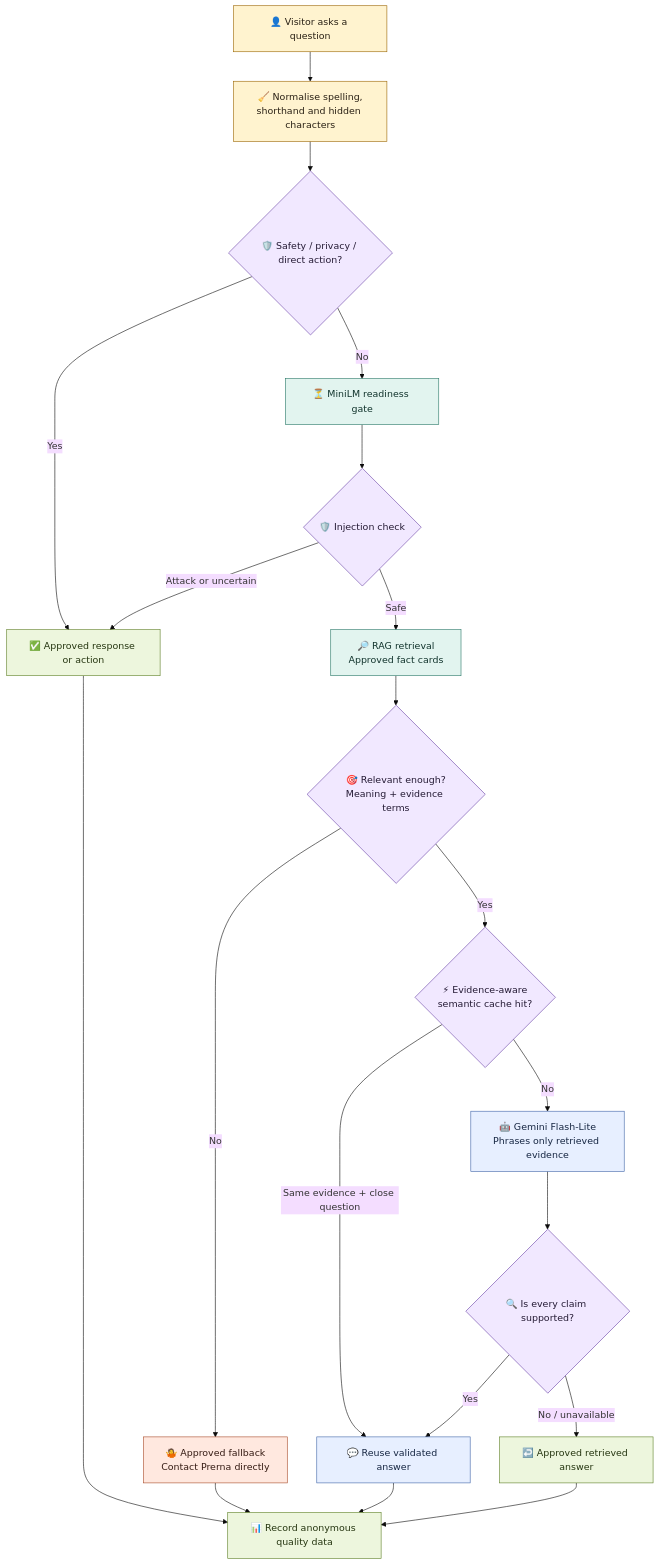
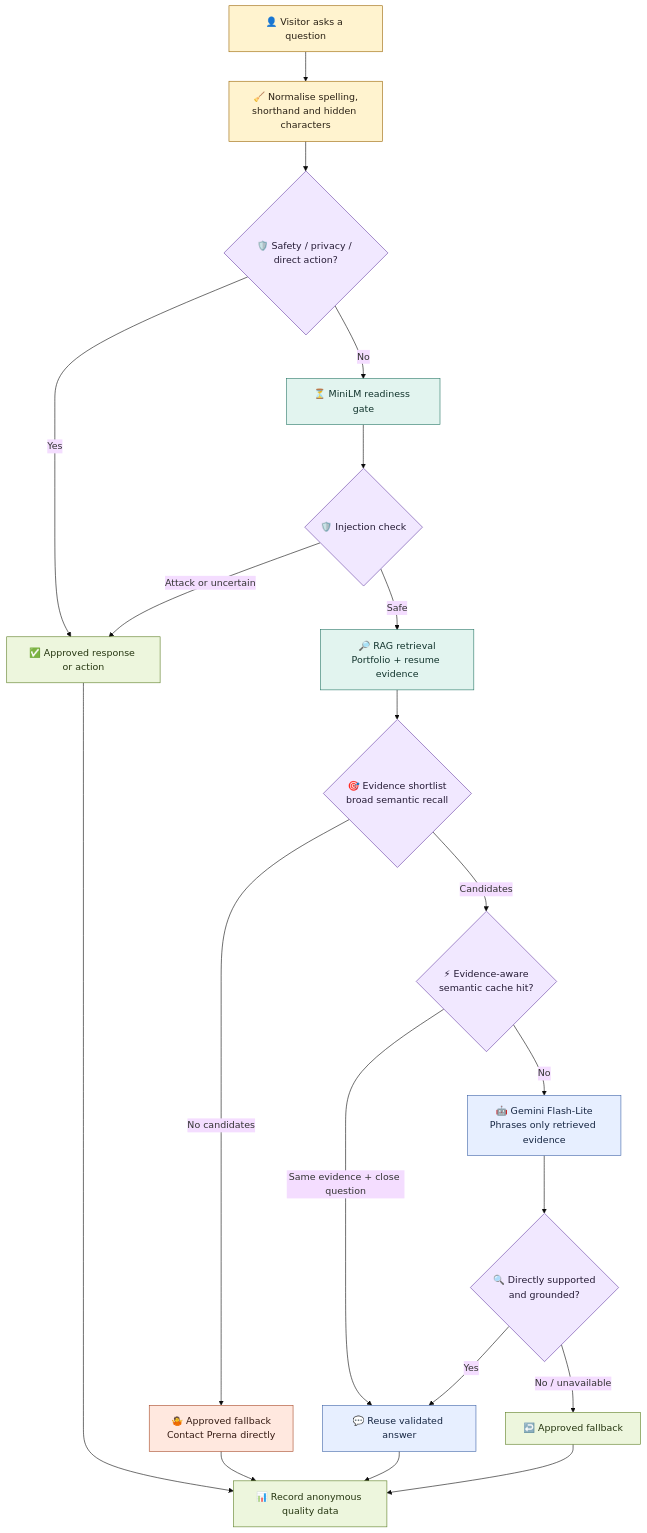
The first of 2 diagrams in README.md (robona-pk/portfolio), drawn with Mermaid (base theme) before and after one commit. The commit also changed other lines of this file and 4 other files, not shown here.

Commit message:
Use source-grounded retrieval for Mira answers

````diff
--- a/README.md
+++ b/README.md
@@ -55,36 +55,36 @@
 ```mermaid
 flowchart TD
     A["👤 Visitor asks a question"] --> B["🧹 Normalise spelling,<br/>shorthand and hidden characters"]
     B --> S{"🛡️ Safety / privacy / direct action?"}
     S -- "Yes" --> G["✅ Approved response or action"]
     S -- "No" --> Q["⏳ MiniLM readiness gate"]
     Q --> I{"🛡️ Injection check"}
     I -- "Attack or uncertain" --> G
-    I -- "Safe" --> H["🔎 RAG retrieval<br/>Approved fact cards"]
-    H --> P{"🎯 Relevant enough?<br/>Meaning + evidence terms"}
-    P -- "No" --> F["🤷 Approved fallback<br/>Contact Prerna directly"]
-    P -- "Yes" --> C{"⚡ Evidence-aware<br/>semantic cache hit?"}
+    I -- "Safe" --> H["🔎 RAG retrieval<br/>Portfolio + resume evidence"]
+    H --> P{"🎯 Evidence shortlist<br/>broad semantic recall"}
+    P -- "No candidates" --> F["🤷 Approved fallback<br/>Contact Prerna directly"]
+    P -- "Candidates" --> C{"⚡ Evidence-aware<br/>semantic cache hit?"}
     C -- "Same evidence + close question" --> M["💬 Reuse validated answer"]
     C -- "No" --> K["🤖 Gemini Flash-Lite<br/>Phrases only retrieved evidence"]
-    K --> L{"🔍 Is every claim supported?"}
+    K --> L{"🔍 Directly supported<br/>and grounded?"}
     L -- "Yes" --> M
-    L -- "No / unavailable" --> N["↩️ Approved retrieved answer"]
+    L -- "No / unavailable" --> N["↩️ Approved fallback"]
     G --> O["📊 Record anonymous quality data"]
     F --> O
     M --> O
     N --> O
 
     classDef visitor fill:#fff3cf,stroke:#9a6500,color:#2a2115;
     classDef decision fill:#f1e8ff,stroke:#6941a5,color:#251b35;
     classDef policy fill:#ffe8df,stroke:#a84a28,color:#351b13;
     classDef retrieval fill:#e2f4ef,stroke:#277766,color:#12342d;
     classDef ai fill:#e7efff,stroke:#3f64a8,color:#172743;
     classDef output fill:#edf6dd,stroke:#5d7f25,color:#263611;
 
     class A,B visitor;
     class S,I,P,C,L decision;
     class F,G policy;
     class H,Q retrieval;
     class K,M ai;
     class G,N,O output;
 ```
````
